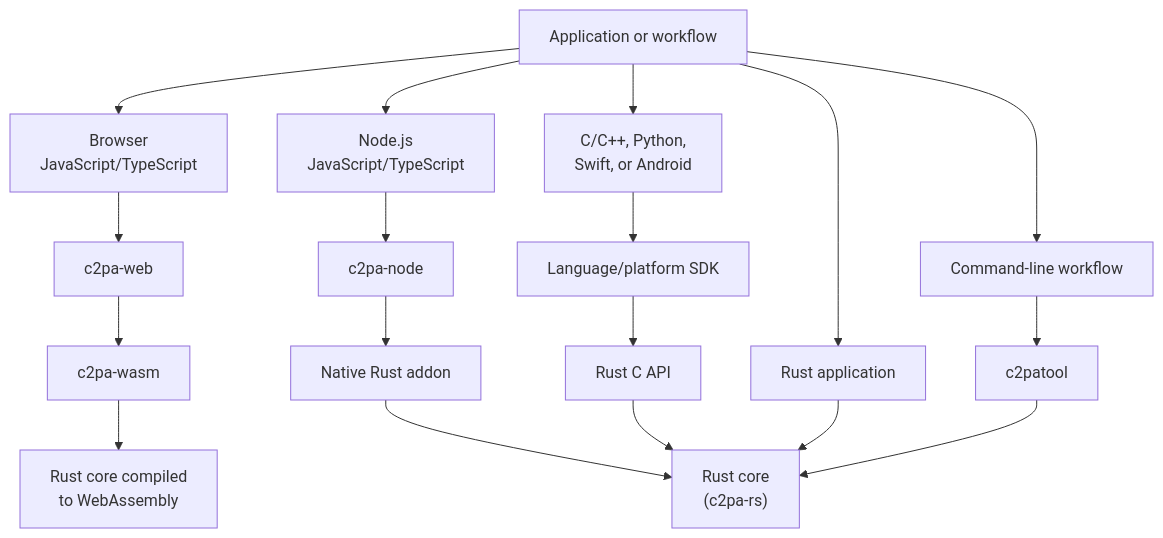
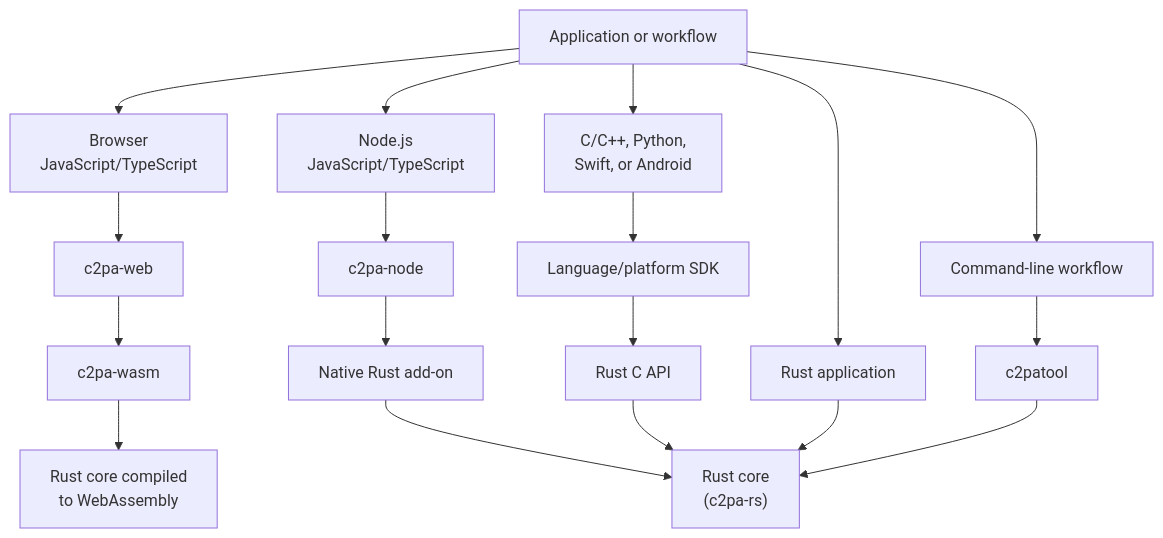
One commit to contentauth/opensource.contentauth.org changed the diagram in docs/introduction.mdx. Above: the diagram before and after it, drawn with Mermaid. The commit also changed other lines of this file, not shown here.

````diff
--- a/docs/introduction.mdx
+++ b/docs/introduction.mdx
@@ -41,20 +41,20 @@
 ```mermaid
 flowchart TB
     accTitle: CAI SDK architecture
     app["Application or workflow"]
     app --> browser["Browser<br/>JavaScript/TypeScript"]
     app --> node["Node.js<br/>JavaScript/TypeScript"]
     app --> native["C/C++, Python,<br/>Swift, or Android"]
     app --> rust["Rust application"]
     app --> cli["Command-line workflow"]
 
     browser --> web["c2pa-web"] --> wasm["c2pa-wasm"]
     wasm --> wasmCore["Rust core compiled<br/>to WebAssembly"]
-    node --> nodeSdk["c2pa-node"] --> addon["Native Rust addon"]
+    node --> nodeSdk["c2pa-node"] --> addon["Native Rust add-on"]
     native --> sdk["Language/platform SDK"] --> ffi["Rust C API"]
 
     addon --> core["Rust core<br/>(c2pa-rs)"]
     ffi --> core
     rust --> core
     cli --> tool["c2patool"] --> core
 ```
````
